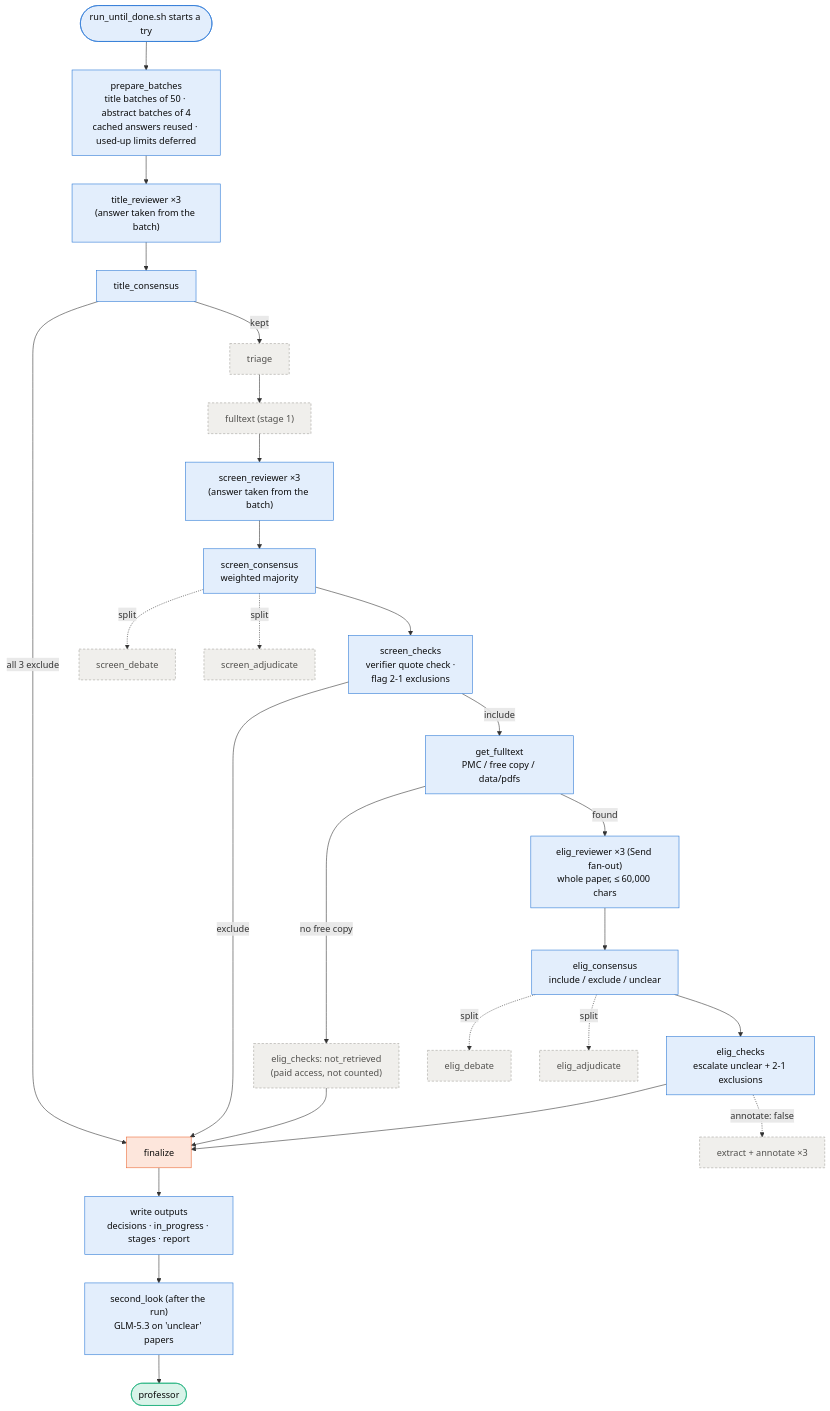
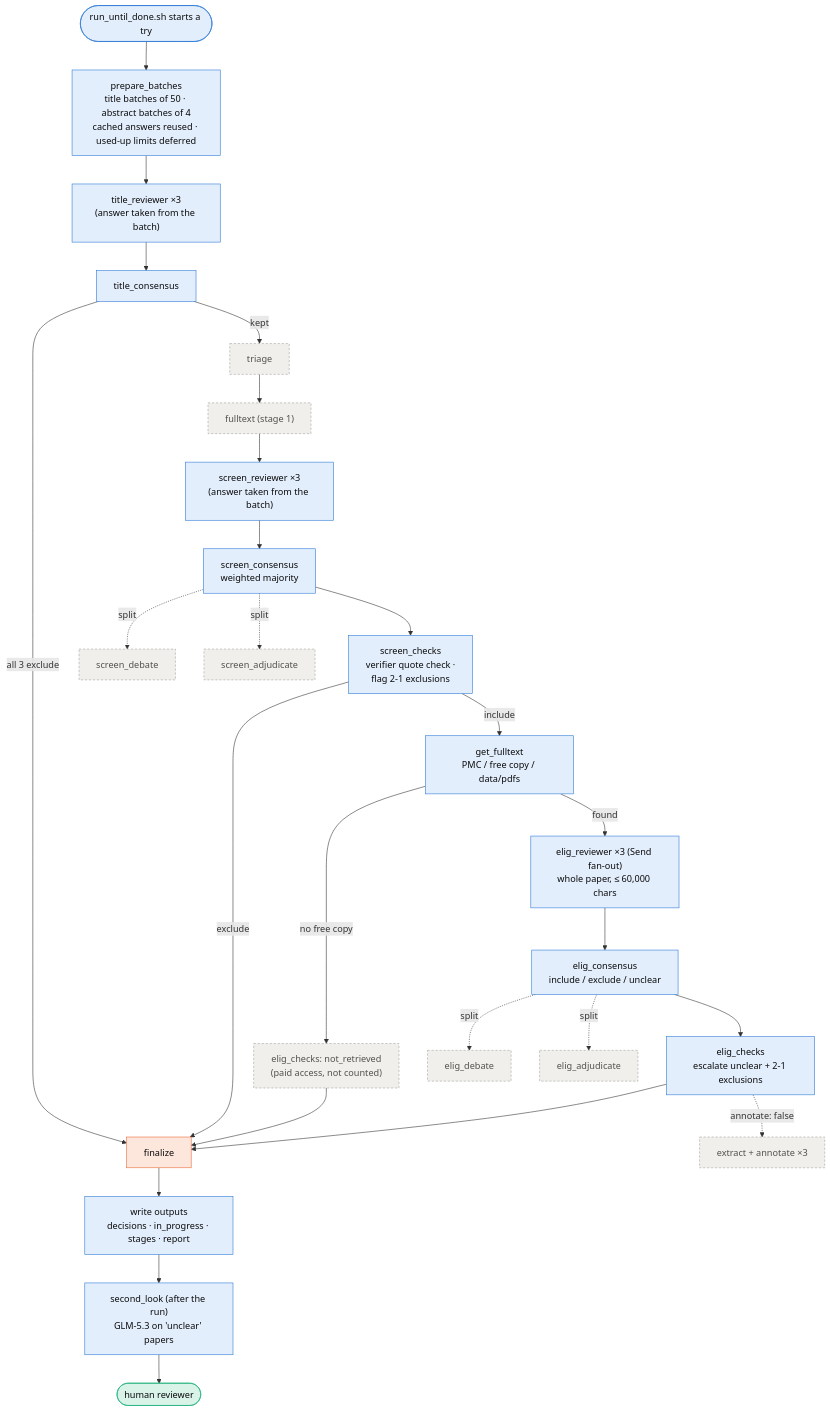
Before and after one commit to iUtsa/adrd-multiagent-review: the diagram in docs/diagrams/src/pipeline-as-run.mmd, drawn with Mermaid. The commit also changed 24 other files, not shown here.

Commit message:
Diagrams, charts and docs: 'human reviewer' / 'for human review' labels

```diff
--- a/docs/diagrams/src/pipeline-as-run.mmd
+++ b/docs/diagrams/src/pipeline-as-run.mmd
@@ -1,26 +1,26 @@
 flowchart TB
     classDef used fill:#e3eefc,stroke:#2a78d6,color:#0b0b0b
     classDef off fill:#f0efec,stroke:#a3a29c,stroke-dasharray:4 3,color:#52514e
     classDef prof fill:#d9f3e9,stroke:#1baf7a,color:#0b0b0b
     classDef out fill:#fde6dc,stroke:#eb6834,color:#0b0b0b
 
     START([run_until_done.sh starts a try]):::used --> PB["prepare_batches<br/>title batches of 50 · abstract batches of 4<br/>cached answers reused · used-up limits deferred"]:::used
     PB --> TR["title_reviewer ×3<br/>(answer taken from the batch)"]:::used --> TCN["title_consensus"]:::used
     TCN -->|all 3 exclude| FIN["finalize"]:::out
     TCN -->|kept| TRI["triage"]:::off --> FTA["fulltext (stage 1)"]:::off --> SR["screen_reviewer ×3<br/>(answer taken from the batch)"]:::used
     SR --> SC["screen_consensus<br/>weighted majority"]:::used
     SC -. split .-> SD["screen_debate"]:::off
     SC -. split .-> SA["screen_adjudicate"]:::off
     SC --> SCH["screen_checks<br/>verifier quote check ·<br/>flag 2-1 exclusions"]:::used
     SCH -->|exclude| FIN
     SCH -->|include| GF["get_fulltext<br/>PMC / free copy / data/pdfs"]:::used
     GF -->|no free copy| NR["elig_checks: not_retrieved<br/>(paid access, not counted)"]:::off --> FIN
     GF -->|found| ER["elig_reviewer ×3 (Send fan-out)<br/>whole paper, ≤ 60,000 chars"]:::used
     ER --> EC["elig_consensus<br/>include / exclude / unclear"]:::used
     EC -. split .-> ED["elig_debate"]:::off
     EC -. split .-> EA["elig_adjudicate"]:::off
     EC --> ECH["elig_checks<br/>escalate unclear + 2-1 exclusions"]:::used
     ECH --> FIN
     ECH -. annotate: false .-> EX["extract + annotate ×3"]:::off
     FIN --> SAVE["write outputs<br/>decisions · in_progress · stages · report"]:::used
-    SAVE --> SL["second_look (after the run)<br/>GLM-5.3 on 'unclear' papers"]:::used --> PROF(["professor"]):::prof
+    SAVE --> SL["second_look (after the run)<br/>GLM-5.3 on 'unclear' papers"]:::used --> PROF(["human reviewer"]):::prof
```
